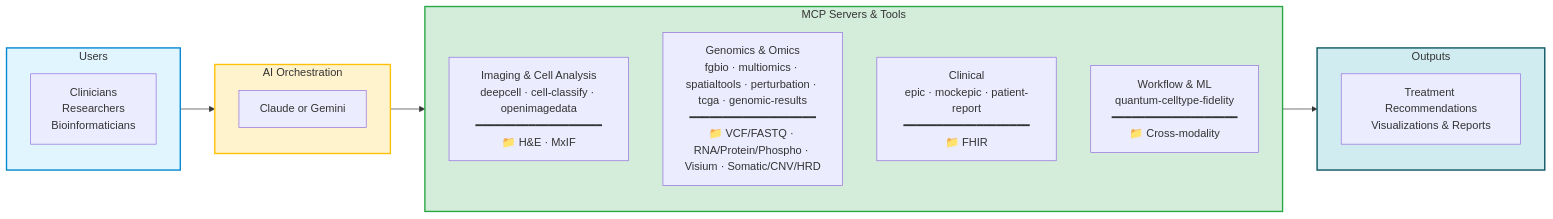
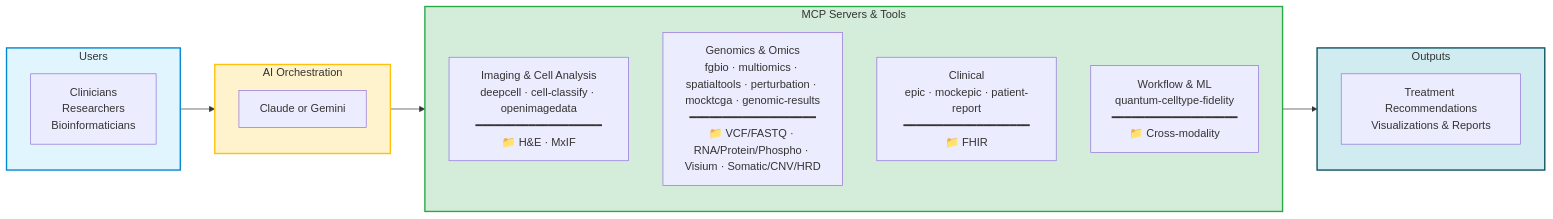
Before and after one commit to raymond301/precision-medicine-mcp: the diagram in docs/for-funders/EXECUTIVE_SUMMARY.md, drawn with Mermaid. The commit also changed other lines of this file and 13 other files, not shown here.

````diff
--- a/docs/for-funders/EXECUTIVE_SUMMARY.md
+++ b/docs/for-funders/EXECUTIVE_SUMMARY.md
@@ -13,31 +13,31 @@
 ```mermaid
 graph LR
     subgraph Users["Users"]
         U[Clinicians<br/>Researchers<br/>Bioinformaticians]
     end
 
     subgraph AI["AI Orchestration"]
         LLM[Claude or Gemini]
     end
 
     subgraph Servers["MCP Servers & Tools"]
         direction TB
         IMAGING["Imaging & Cell Analysis<br/>deepcell · cell-classify · openimagedata<br/>━━━━━━━━━━━━━━━━━━━<br/>📁 H&E · MxIF"]
-        GENOMICS["Genomics & Omics<br/>fgbio · multiomics · spatialtools · perturbation · tcga · genomic-results<br/>━━━━━━━━━━━━━━━━━━━<br/>📁 VCF/FASTQ · RNA/Protein/Phospho · Visium · Somatic/CNV/HRD"]
+        GENOMICS["Genomics & Omics<br/>fgbio · multiomics · spatialtools · perturbation · mocktcga · genomic-results<br/>━━━━━━━━━━━━━━━━━━━<br/>📁 VCF/FASTQ · RNA/Protein/Phospho · Visium · Somatic/CNV/HRD"]
         CLINICAL["Clinical<br/>epic · mockepic · patient-report<br/>━━━━━━━━━━━━━━━━━━━<br/>📁 FHIR"]
         WORKFLOW["Workflow & ML<br/>quantum-celltype-fidelity<br/>━━━━━━━━━━━━━━━━━━━<br/>📁 Cross-modality"]
     end
 
     subgraph Output["Outputs"]
         O[Treatment Recommendations<br/>Visualizations & Reports]
     end
 
     Users --> AI
     AI --> Servers
     Servers --> Output
 
     style Users fill:#e1f5ff,stroke:#0288d1,stroke-width:2px
     style AI fill:#fff3cd,stroke:#ffc107,stroke-width:2px
     style Servers fill:#d4edda,stroke:#28a745,stroke-width:2px
     style Output fill:#d1ecf1,stroke:#0c5460,stroke-width:2px
 ```
````
